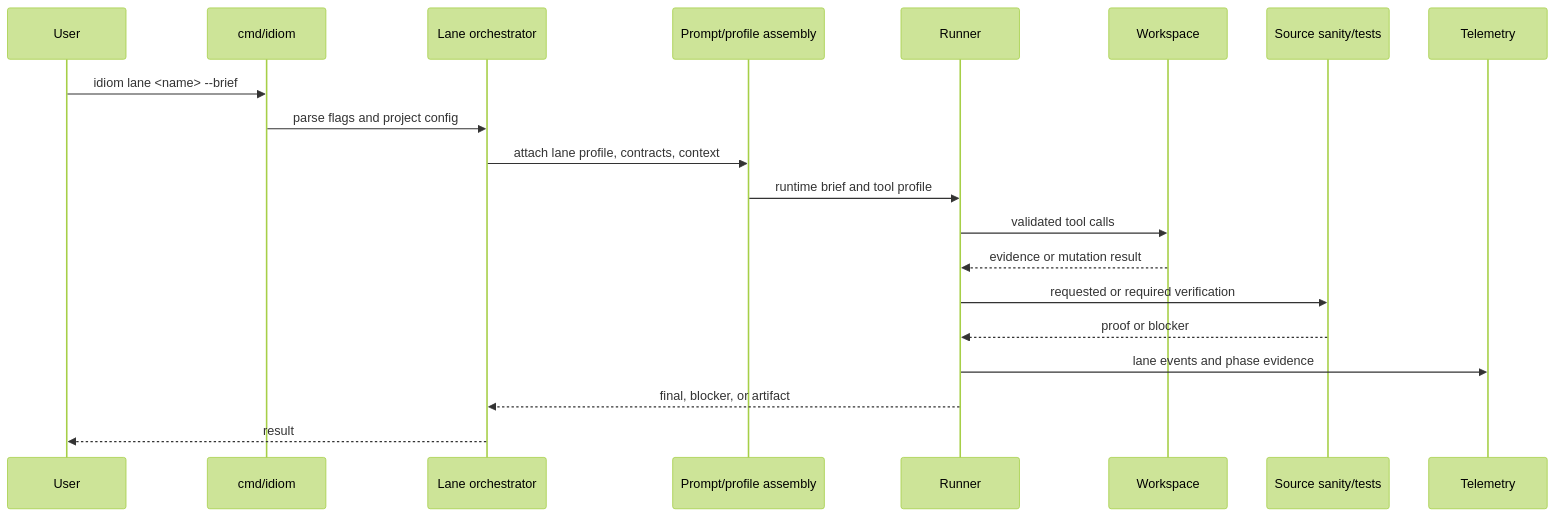
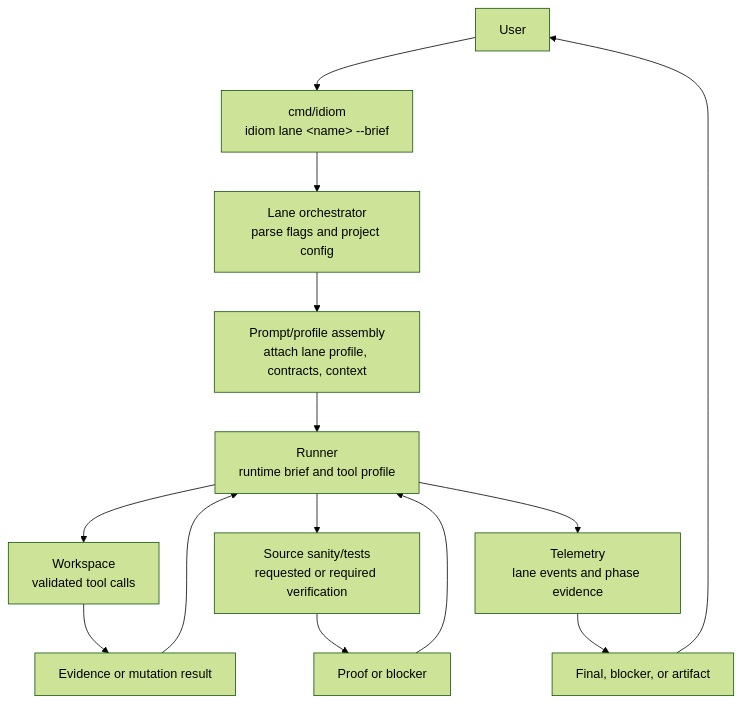
One commit to BLuchterhand/Idiom changed the first of 2 diagrams in docs/obsidian/04 - Runtime Lanes.md. Above: the diagram before and after it, drawn with Mermaid (forest theme). The commit also changed 16 other files, not shown here.

Commit message:
docs: mark roadmap items in obsidian notes

````diff
--- a/docs/obsidian/04 - Runtime Lanes.md
+++ b/docs/obsidian/04 - Runtime Lanes.md
@@ -31,23 +31,19 @@
 ```mermaid
-sequenceDiagram
-    participant User
-    participant CLI as cmd/idiom
-    participant Lane as Lane orchestrator
-    participant Prompt as Prompt/profile assembly
-    participant Runner
-    participant Workspace
-    participant Verify as Source sanity/tests
-    participant Telemetry
+flowchart TD
+    User["User"]
+    CLI["cmd/idiom<br/>idiom lane &lt;name&gt; --brief"]
+    Lane["Lane orchestrator<br/>parse flags and project config"]
+    Prompt["Prompt/profile assembly<br/>attach lane profile, contracts, context"]
+    Runner["Runner<br/>runtime brief and tool profile"]
+    Workspace["Workspace<br/>validated tool calls"]
+    ToolResult["Evidence or mutation result"]
+    Verify["Source sanity/tests<br/>requested or required verification"]
+    Proof["Proof or blocker"]
+    Telemetry["Telemetry<br/>lane events and phase evidence"]
+    Result["Final, blocker, or artifact"]
 
-    User->>CLI: idiom lane <name> --brief
-    CLI->>Lane: parse flags and project config
-    Lane->>Prompt: attach lane profile, contracts, context
-    Prompt->>Runner: runtime brief and tool profile
-    Runner->>Workspace: validated tool calls
-    Workspace-->>Runner: evidence or mutation result
-    Runner->>Verify: requested or required verification
-    Verify-->>Runner: proof or blocker
-    Runner->>Telemetry: lane events and phase evidence
-    Runner-->>Lane: final, blocker, or artifact
-    Lane-->>User: result
+    User --> CLI --> Lane --> Prompt --> Runner
+    Runner --> Workspace --> ToolResult --> Runner
+    Runner --> Verify --> Proof --> Runner
+    Runner --> Telemetry --> Result --> User
 ```
````
